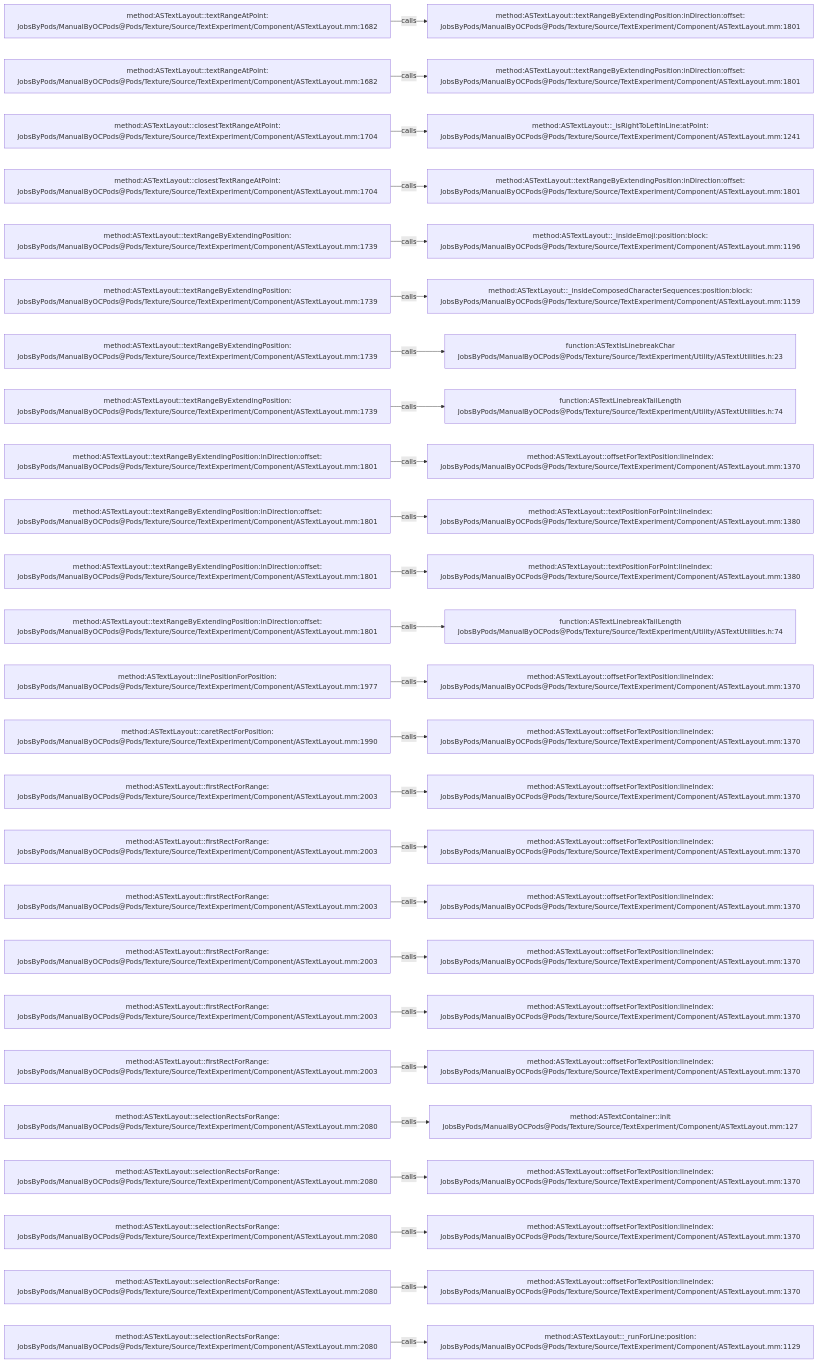
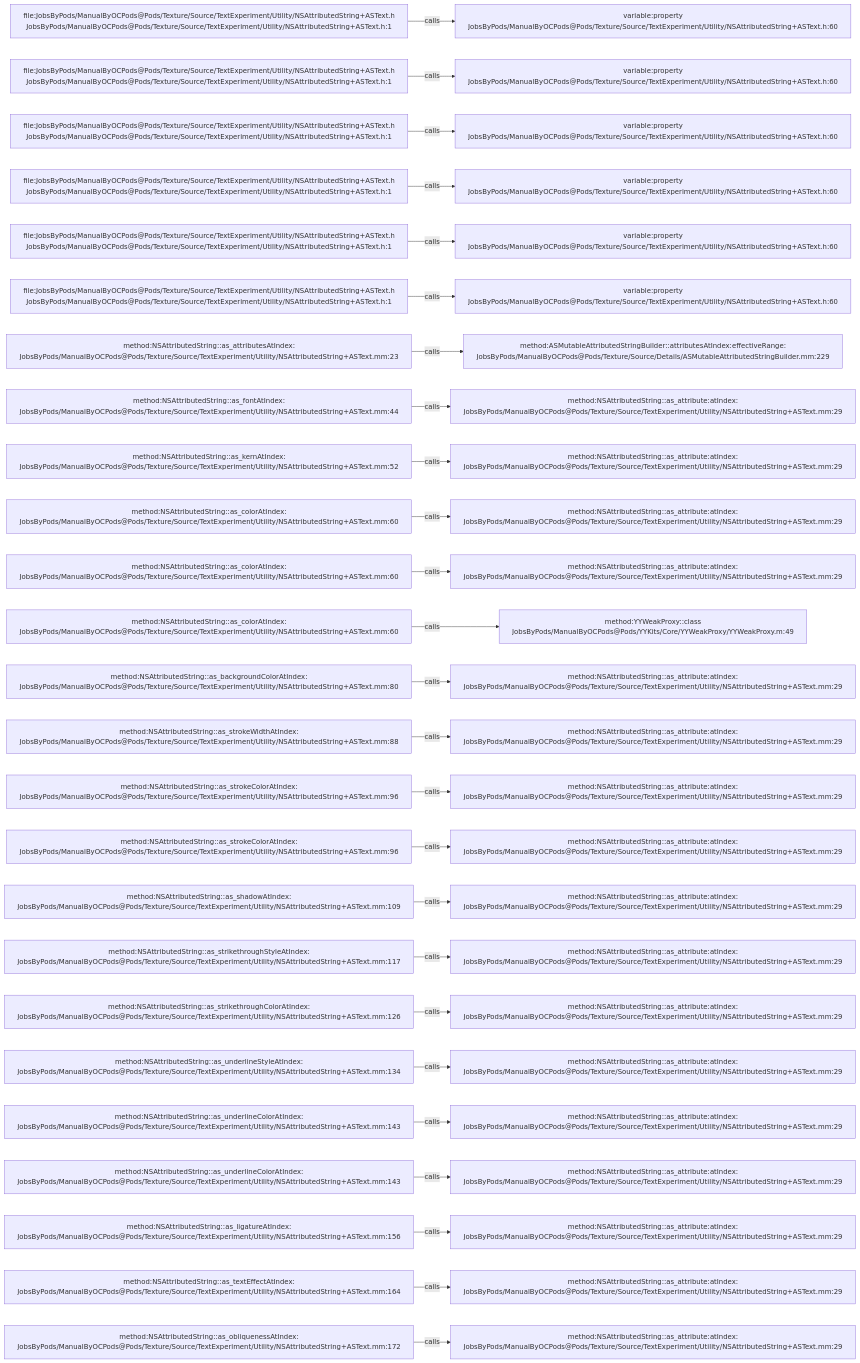
Before and after one commit to JobsKits/JobsOCBaseConfigDemo: the diagram in .codegraph/codegraph.md/graphs/calls-195.md, drawn with Mermaid. The commit also changed 2723 other files, not shown here.

````diff
--- a/.codegraph/codegraph.md/graphs/calls-195.md
+++ b/.codegraph/codegraph.md/graphs/calls-195.md
@@ -13,78 +13,78 @@
 ```mermaid
 flowchart LR
-  S1["method:ASTextLayout::textRangeAtPoint:<br/>JobsByPods/ManualByOCPods@Pods/Texture/Source/TextExperiment/Component/ASTextLayout.mm:1682"]
-  T1["method:ASTextLayout::textRangeByExtendingPosition:inDirection:offset:<br/>JobsByPods/ManualByOCPods@Pods/Texture/Source/TextExperiment/Component/ASTextLayout.mm:1801"]
+  S1["file:JobsByPods/ManualByOCPods@Pods/Texture/Source/TextExperiment/Utility/NSAttributedString+ASText.h<br/>JobsByPods/ManualByOCPods@Pods/Texture/Source/TextExperiment/Utility/NSAttributedString+ASText.h:1"]
+  T1["variable:property<br/>JobsByPods/ManualByOCPods@Pods/Texture/Source/TextExperiment/Utility/NSAttributedString+ASText.h:60"]
   S1 -->|calls| T1
-  S2["method:ASTextLayout::textRangeAtPoint:<br/>JobsByPods/ManualByOCPods@Pods/Texture/Source/TextExperiment/Component/ASTextLayout.mm:1682"]
-  T2["method:ASTextLayout::textRangeByExtendingPosition:inDirection:offset:<br/>JobsByPods/ManualByOCPods@Pods/Texture/Source/TextExperiment/Component/ASTextLayout.mm:1801"]
+  S2["file:JobsByPods/ManualByOCPods@Pods/Texture/Source/TextExperiment/Utility/NSAttributedString+ASText.h<br/>JobsByPods/ManualByOCPods@Pods/Texture/Source/TextExperiment/Utility/NSAttributedString+ASText.h:1"]
+  T2["variable:property<br/>JobsByPods/ManualByOCPods@Pods/Texture/Source/TextExperiment/Utility/NSAttributedString+ASText.h:60"]
   S2 -->|calls| T2
-  S3["method:ASTextLayout::closestTextRangeAtPoint:<br/>JobsByPods/ManualByOCPods@Pods/Texture/Source/TextExperiment/Component/ASTextLayout.mm:1704"]
-  T3["method:ASTextLayout::_isRightToLeftInLine:atPoint:<br/>JobsByPods/ManualByOCPods@Pods/Texture/Source/TextExperiment/Component/ASTextLayout.mm:1241"]
+  S3["file:JobsByPods/ManualByOCPods@Pods/Texture/Source/TextExperiment/Utility/NSAttributedString+ASText.h<br/>JobsByPods/ManualByOCPods@Pods/Texture/Source/TextExperiment/Utility/NSAttributedString+ASText.h:1"]
+  T3["variable:property<br/>JobsByPods/ManualByOCPods@Pods/Texture/Source/TextExperiment/Utility/NSAttributedString+ASText.h:60"]
   S3 -->|calls| T3
-  S4["method:ASTextLayout::closestTextRangeAtPoint:<br/>JobsByPods/ManualByOCPods@Pods/Texture/Source/TextExperiment/Component/ASTextLayout.mm:1704"]
-  T4["method:ASTextLayout::textRangeByExtendingPosition:inDirection:offset:<br/>JobsByPods/ManualByOCPods@Pods/Texture/Source/TextExperiment/Component/ASTextLayout.mm:1801"]
+  S4["file:JobsByPods/ManualByOCPods@Pods/Texture/Source/TextExperiment/Utility/NSAttributedString+ASText.h<br/>JobsByPods/ManualByOCPods@Pods/Texture/Source/TextExperiment/Utility/NSAttributedString+ASText.h:1"]
+  T4["variable:property<br/>JobsByPods/ManualByOCPods@Pods/Texture/Source/TextExperiment/Utility/NSAttributedString+ASText.h:60"]
   S4 -->|calls| T4
-  S5["method:ASTextLayout::textRangeByExtendingPosition:<br/>JobsByPods/ManualByOCPods@Pods/Texture/Source/TextExperiment/Component/ASTextLayout.mm:1739"]
-  T5["method:ASTextLayout::_insideEmoji:position:block:<br/>JobsByPods/ManualByOCPods@Pods/Texture/Source/TextExperiment/Component/ASTextLayout.mm:1196"]
+  S5["file:JobsByPods/ManualByOCPods@Pods/Texture/Source/TextExperiment/Utility/NSAttributedString+ASText.h<br/>JobsByPods/ManualByOCPods@Pods/Texture/Source/TextExperiment/Utility/NSAttributedString+ASText.h:1"]
+  T5["variable:property<br/>JobsByPods/ManualByOCPods@Pods/Texture/Source/TextExperiment/Utility/NSAttributedString+ASText.h:60"]
   S5 -->|calls| T5
-  S6["method:ASTextLayout::textRangeByExtendingPosition:<br/>JobsByPods/ManualByOCPods@Pods/Texture/Source/TextExperiment/Component/ASTextLayout.mm:1739"]
-  T6["method:ASTextLayout::_insideComposedCharacterSequences:position:block:<br/>JobsByPods/ManualByOCPods@Pods/Texture/Source/TextExperiment/Component/ASTextLayout.mm:1159"]
+  S6["file:JobsByPods/ManualByOCPods@Pods/Texture/Source/TextExperiment/Utility/NSAttributedString+ASText.h<br/>JobsByPods/ManualByOCPods@Pods/Texture/Source/TextExperiment/Utility/NSAttributedString+ASText.h:1"]
+  T6["variable:property<br/>JobsByPods/ManualByOCPods@Pods/Texture/Source/TextExperiment/Utility/NSAttributedString+ASText.h:60"]
   S6 -->|calls| T6
-  S7["method:ASTextLayout::textRangeByExtendingPosition:<br/>JobsByPods/ManualByOCPods@Pods/Texture/Source/TextExperiment/Component/ASTextLayout.mm:1739"]
-  T7["function:ASTextIsLinebreakChar<br/>JobsByPods/ManualByOCPods@Pods/Texture/Source/TextExperiment/Utility/ASTextUtilities.h:23"]
+  S7["method:NSAttributedString::as_attributesAtIndex:<br/>JobsByPods/ManualByOCPods@Pods/Texture/Source/TextExperiment/Utility/NSAttributedString+ASText.mm:23"]
+  T7["method:ASMutableAttributedStringBuilder::attributesAtIndex:effectiveRange:<br/>JobsByPods/ManualByOCPods@Pods/Texture/Source/Details/ASMutableAttributedStringBuilder.mm:229"]
   S7 -->|calls| T7
-  S8["method:ASTextLayout::textRangeByExtendingPosition:<br/>JobsByPods/ManualByOCPods@Pods/Texture/Source/TextExperiment/Component/ASTextLayout.mm:1739"]
-  T8["function:ASTextLinebreakTailLength<br/>JobsByPods/ManualByOCPods@Pods/Texture/Source/TextExperiment/Utility/ASTextUtilities.h:74"]
+  S8["method:NSAttributedString::as_fontAtIndex:<br/>JobsByPods/ManualByOCPods@Pods/Texture/Source/TextExperiment/Utility/NSAttributedString+ASText.mm:44"]
+  T8["method:NSAttributedString::as_attribute:atIndex:<br/>JobsByPods/ManualByOCPods@Pods/Texture/Source/TextExperiment/Utility/NSAttributedString+ASText.mm:29"]
   S8 -->|calls| T8
-  S9["method:ASTextLayout::textRangeByExtendingPosition:inDirection:offset:<br/>JobsByPods/ManualByOCPods@Pods/Texture/Source/TextExperiment/Component/ASTextLayout.mm:1801"]
-  T9["method:ASTextLayout::offsetForTextPosition:lineIndex:<br/>JobsByPods/ManualByOCPods@Pods/Texture/Source/TextExperiment/Component/ASTextLayout.mm:1370"]
+  S9["method:NSAttributedString::as_kernAtIndex:<br/>JobsByPods/ManualByOCPods@Pods/Texture/Source/TextExperiment/Utility/NSAttributedString+ASText.mm:52"]
+  T9["method:NSAttributedString::as_attribute:atIndex:<br/>JobsByPods/ManualByOCPods@Pods/Texture/Source/TextExperiment/Utility/NSAttributedString+ASText.mm:29"]
   S9 -->|calls| T9
-  S10["method:ASTextLayout::textRangeByExtendingPosition:inDirection:offset:<br/>JobsByPods/ManualByOCPods@Pods/Texture/Source/TextExperiment/Component/ASTextLayout.mm:1801"]
-  T10["method:ASTextLayout::textPositionForPoint:lineIndex:<br/>JobsByPods/ManualByOCPods@Pods/Texture/Source/TextExperiment/Component/ASTextLayout.mm:1380"]
+  S10["method:NSAttributedString::as_colorAtIndex:<br/>JobsByPods/ManualByOCPods@Pods/Texture/Source/TextExperiment/Utility/NSAttributedString+ASText.mm:60"]
+  T10["method:NSAttributedString::as_attribute:atIndex:<br/>JobsByPods/ManualByOCPods@Pods/Texture/Source/TextExperiment/Utility/NSAttributedString+ASText.mm:29"]
   S10 -->|calls| T10
-  S11["method:ASTextLayout::textRangeByExtendingPosition:inDirection:offset:<br/>JobsByPods/ManualByOCPods@Pods/Texture/Source/TextExperiment/Component/ASTextLayout.mm:1801"]
-  T11["method:ASTextLayout::textPositionForPoint:lineIndex:<br/>JobsByPods/ManualByOCPods@Pods/Texture/Source/TextExperiment/Component/ASTextLayout.mm:1380"]
+  S11["method:NSAttributedString::as_colorAtIndex:<br/>JobsByPods/ManualByOCPods@Pods/Texture/Source/TextExperiment/Utility/NSAttributedString+ASText.mm:60"]
+  T11["method:NSAttributedString::as_attribute:atIndex:<br/>JobsByPods/ManualByOCPods@Pods/Texture/Source/TextExperiment/Utility/NSAttributedString+ASText.mm:29"]
   S11 -->|calls| T11
-  S12["method:ASTextLayout::textRangeByExtendingPosition:inDirection:offset:<br/>JobsByPods/ManualByOCPods@Pods/Texture/Source/TextExperiment/Component/ASTextLayout.mm:1801"]
-  T12["function:ASTextLinebreakTailLength<br/>JobsByPods/ManualByOCPods@Pods/Texture/Source/TextExperiment/Utility/ASTextUtilities.h:74"]
+  S12["method:NSAttributedString::as_colorAtIndex:<br/>JobsByPods/ManualByOCPods@Pods/Texture/Source/TextExperiment/Utility/NSAttributedString+ASText.mm:60"]
+  T12["method:YYWeakProxy::class<br/>JobsByPods/ManualByOCPods@Pods/YYKits/Core/YYWeakProxy/YYWeakProxy.m:49"]
   S12 -->|calls| T12
-  S13["method:ASTextLayout::linePositionForPosition:<br/>JobsByPods/ManualByOCPods@Pods/Texture/Source/TextExperiment/Component/ASTextLayout.mm:1977"]
-  T13["method:ASTextLayout::offsetForTextPosition:lineIndex:<br/>JobsByPods/ManualByOCPods@Pods/Texture/Source/TextExperiment/Component/ASTextLayout.mm:1370"]
+  S13["method:NSAttributedString::as_backgroundColorAtIndex:<br/>JobsByPods/ManualByOCPods@Pods/Texture/Source/TextExperiment/Utility/NSAttributedString+ASText.mm:80"]
+  T13["method:NSAttributedString::as_attribute:atIndex:<br/>JobsByPods/ManualByOCPods@Pods/Texture/Source/TextExperiment/Utility/NSAttributedString+ASText.mm:29"]
   S13 -->|calls| T13
-  S14["method:ASTextLayout::caretRectForPosition:<br/>JobsByPods/ManualByOCPods@Pods/Texture/Source/TextExperiment/Component/ASTextLayout.mm:1990"]
-  T14["method:ASTextLayout::offsetForTextPosition:lineIndex:<br/>JobsByPods/ManualByOCPods@Pods/Texture/Source/TextExperiment/Component/ASTextLayout.mm:1370"]
+  S14["method:NSAttributedString::as_strokeWidthAtIndex:<br/>JobsByPods/ManualByOCPods@Pods/Texture/Source/TextExperiment/Utility/NSAttributedString+ASText.mm:88"]
+  T14["method:NSAttributedString::as_attribute:atIndex:<br/>JobsByPods/ManualByOCPods@Pods/Texture/Source/TextExperiment/Utility/NSAttributedString+ASText.mm:29"]
   S14 -->|calls| T14
-  S15["method:ASTextLayout::firstRectForRange:<br/>JobsByPods/ManualByOCPods@Pods/Texture/Source/TextExperiment/Component/ASTextLayout.mm:2003"]
-  T15["method:ASTextLayout::offsetForTextPosition:lineIndex:<br/>JobsByPods/ManualByOCPods@Pods/Texture/Source/TextExperiment/Component/ASTextLayout.mm:1370"]
+  S15["method:NSAttributedString::as_strokeColorAtIndex:<br/>JobsByPods/ManualByOCPods@Pods/Texture/Source/TextExperiment/Utility/NSAttributedString+ASText.mm:96"]
+  T15["method:NSAttributedString::as_attribute:atIndex:<br/>JobsByPods/ManualByOCPods@Pods/Texture/Source/TextExperiment/Utility/NSAttributedString+ASText.mm:29"]
   S15 -->|calls| T15
-  S16["method:ASTextLayout::firstRectForRange:<br/>JobsByPods/ManualByOCPods@Pods/Texture/Source/TextExperiment/Component/ASTextLayout.mm:2003"]
-  T16["method:ASTextLayout::offsetForTextPosition:lineIndex:<br/>JobsByPods/ManualByOCPods@Pods/Texture/Source/TextExperiment/Component/ASTextLayout.mm:1370"]
+  S16["method:NSAttributedString::as_strokeColorAtIndex:<br/>JobsByPods/ManualByOCPods@Pods/Texture/Source/TextExperiment/Utility/NSAttributedString+ASText.mm:96"]
+  T16["method:NSAttributedString::as_attribute:atIndex:<br/>JobsByPods/ManualByOCPods@Pods/Texture/Source/TextExperiment/Utility/NSAttributedString+ASText.mm:29"]
   S16 -->|calls| T16
-  S17["method:ASTextLayout::firstRectForRange:<br/>JobsByPods/ManualByOCPods@Pods/Texture/Source/TextExperiment/Component/ASTextLayout.mm:2003"]
-  T17["method:ASTextLayout::offsetForTextPosition:lineIndex:<br/>JobsByPods/ManualByOCPods@Pods/Texture/Source/TextExperiment/Component/ASTextLayout.mm:1370"]
+  S17["method:NSAttributedString::as_shadowAtIndex:<br/>JobsByPods/ManualByOCPods@Pods/Texture/Source/TextExperiment/Utility/NSAttributedString+ASText.mm:109"]
+  T17["method:NSAttributedString::as_attribute:atIndex:<br/>JobsByPods/ManualByOCPods@Pods/Texture/Source/TextExperiment/Utility/NSAttributedString+ASText.mm:29"]
   S17 -->|calls| T17
-  S18["method:ASTextLayout::firstRectForRange:<br/>JobsByPods/ManualByOCPods@Pods/Texture/Source/TextExperiment/Component/ASTextLayout.mm:2003"]
-  T18["method:ASTextLayout::offsetForTextPosition:lineIndex:<br/>JobsByPods/ManualByOCPods@Pods/Texture/Source/TextExperiment/Component/ASTextLayout.mm:1370"]
+  S18["method:NSAttributedString::as_strikethroughStyleAtIndex:<br/>JobsByPods/ManualByOCPods@Pods/Texture/Source/TextExperiment/Utility/NSAttributedString+ASText.mm:117"]
+  T18["method:NSAttributedString::as_attribute:atIndex:<br/>JobsByPods/ManualByOCPods@Pods/Texture/Source/TextExperiment/Utility/NSAttributedString+ASText.mm:29"]
   S18 -->|calls| T18
-  S19["method:ASTextLayout::firstRectForRange:<br/>JobsByPods/ManualByOCPods@Pods/Texture/Source/TextExperiment/Component/ASTextLayout.mm:2003"]
-  T19["method:ASTextLayout::offsetForTextPosition:lineIndex:<br/>JobsByPods/ManualByOCPods@Pods/Texture/Source/TextExperiment/Component/ASTextLayout.mm:1370"]
+  S19["method:NSAttributedString::as_strikethroughColorAtIndex:<br/>JobsByPods/ManualByOCPods@Pods/Texture/Source/TextExperiment/Utility/NSAttributedString+ASText.mm:126"]
+  T19["method:NSAttributedString::as_attribute:atIndex:<br/>JobsByPods/ManualByOCPods@Pods/Texture/Source/TextExperiment/Utility/NSAttributedString+ASText.mm:29"]
   S19 -->|calls| T19
-  S20["method:ASTextLayout::firstRectForRange:<br/>JobsByPods/ManualByOCPods@Pods/Texture/Source/TextExperiment/Component/ASTextLayout.mm:2003"]
-  T20["method:ASTextLayout::offsetForTextPosition:lineIndex:<br/>JobsByPods/ManualByOCPods@Pods/Texture/Source/TextExperiment/Component/ASTextLayout.mm:1370"]
+  S20["method:NSAttributedString::as_underlineStyleAtIndex:<br/>JobsByPods/ManualByOCPods@Pods/Texture/Source/TextExperiment/Utility/NSAttributedString+ASText.mm:134"]
+  T20["method:NSAttributedString::as_attribute:atIndex:<br/>JobsByPods/ManualByOCPods@Pods/Texture/Source/TextExperiment/Utility/NSAttributedString+ASText.mm:29"]
   S20 -->|calls| T20
-  S21["method:ASTextLayout::selectionRectsForRange:<br/>JobsByPods/ManualByOCPods@Pods/Texture/Source/TextExperiment/Component/ASTextLayout.mm:2080"]
-  T21["method:ASTextContainer::init<br/>JobsByPods/ManualByOCPods@Pods/Texture/Source/TextExperiment/Component/ASTextLayout.mm:127"]
+  S21["method:NSAttributedString::as_underlineColorAtIndex:<br/>JobsByPods/ManualByOCPods@Pods/Texture/Source/TextExperiment/Utility/NSAttributedString+ASText.mm:143"]
+  T21["method:NSAttributedString::as_attribute:atIndex:<br/>JobsByPods/ManualByOCPods@Pods/Texture/Source/TextExperiment/Utility/NSAttributedString+ASText.mm:29"]
   S21 -->|calls| T21
-  S22["method:ASTextLayout::selectionRectsForRange:<br/>JobsByPods/ManualByOCPods@Pods/Texture/Source/TextExperiment/Component/ASTextLayout.mm:2080"]
-  T22["method:ASTextLayout::offsetForTextPosition:lineIndex:<br/>JobsByPods/ManualByOCPods@Pods/Texture/Source/TextExperiment/Component/ASTextLayout.mm:1370"]
+  S22["method:NSAttributedString::as_underlineColorAtIndex:<br/>JobsByPods/ManualByOCPods@Pods/Texture/Source/TextExperiment/Utility/NSAttributedString+ASText.mm:143"]
+  T22["method:NSAttributedString::as_attribute:atIndex:<br/>JobsByPods/ManualByOCPods@Pods/Texture/Source/TextExperiment/Utility/NSAttributedString+ASText.mm:29"]
   S22 -->|calls| T22
-  S23["method:ASTextLayout::selectionRectsForRange:<br/>JobsByPods/ManualByOCPods@Pods/Texture/Source/TextExperiment/Component/ASTextLayout.mm:2080"]
-  T23["method:ASTextLayout::offsetForTextPosition:lineIndex:<br/>JobsByPods/ManualByOCPods@Pods/Texture/Source/TextExperiment/Component/ASTextLayout.mm:1370"]
+  S23["method:NSAttributedString::as_ligatureAtIndex:<br/>JobsByPods/ManualByOCPods@Pods/Texture/Source/TextExperiment/Utility/NSAttributedString+ASText.mm:156"]
+  T23["method:NSAttributedString::as_attribute:atIndex:<br/>JobsByPods/ManualByOCPods@Pods/Texture/Source/TextExperiment/Utility/NSAttributedString+ASText.mm:29"]
   S23 -->|calls| T23
-  S24["method:ASTextLayout::selectionRectsForRange:<br/>JobsByPods/ManualByOCPods@Pods/Texture/Source/TextExperiment/Component/ASTextLayout.mm:2080"]
-  T24["method:ASTextLayout::offsetForTextPosition:lineIndex:<br/>JobsByPods/ManualByOCPods@Pods/Texture/Source/TextExperiment/Component/ASTextLayout.mm:1370"]
+  S24["method:NSAttributedString::as_textEffectAtIndex:<br/>JobsByPods/ManualByOCPods@Pods/Texture/Source/TextExperiment/Utility/NSAttributedString+ASText.mm:164"]
+  T24["method:NSAttributedString::as_attribute:atIndex:<br/>JobsByPods/ManualByOCPods@Pods/Texture/Source/TextExperiment/Utility/NSAttributedString+ASText.mm:29"]
   S24 -->|calls| T24
-  S25["method:ASTextLayout::selectionRectsForRange:<br/>JobsByPods/ManualByOCPods@Pods/Texture/Source/TextExperiment/Component/ASTextLayout.mm:2080"]
-  T25["method:ASTextLayout::_runForLine:position:<br/>JobsByPods/ManualByOCPods@Pods/Texture/Source/TextExperiment/Component/ASTextLayout.mm:1129"]
+  S25["method:NSAttributedString::as_obliquenessAtIndex:<br/>JobsByPods/ManualByOCPods@Pods/Texture/Source/TextExperiment/Utility/NSAttributedString+ASText.mm:172"]
+  T25["method:NSAttributedString::as_attribute:atIndex:<br/>JobsByPods/ManualByOCPods@Pods/Texture/Source/TextExperiment/Utility/NSAttributedString+ASText.mm:29"]
   S25 -->|calls| T25
 ```
````
